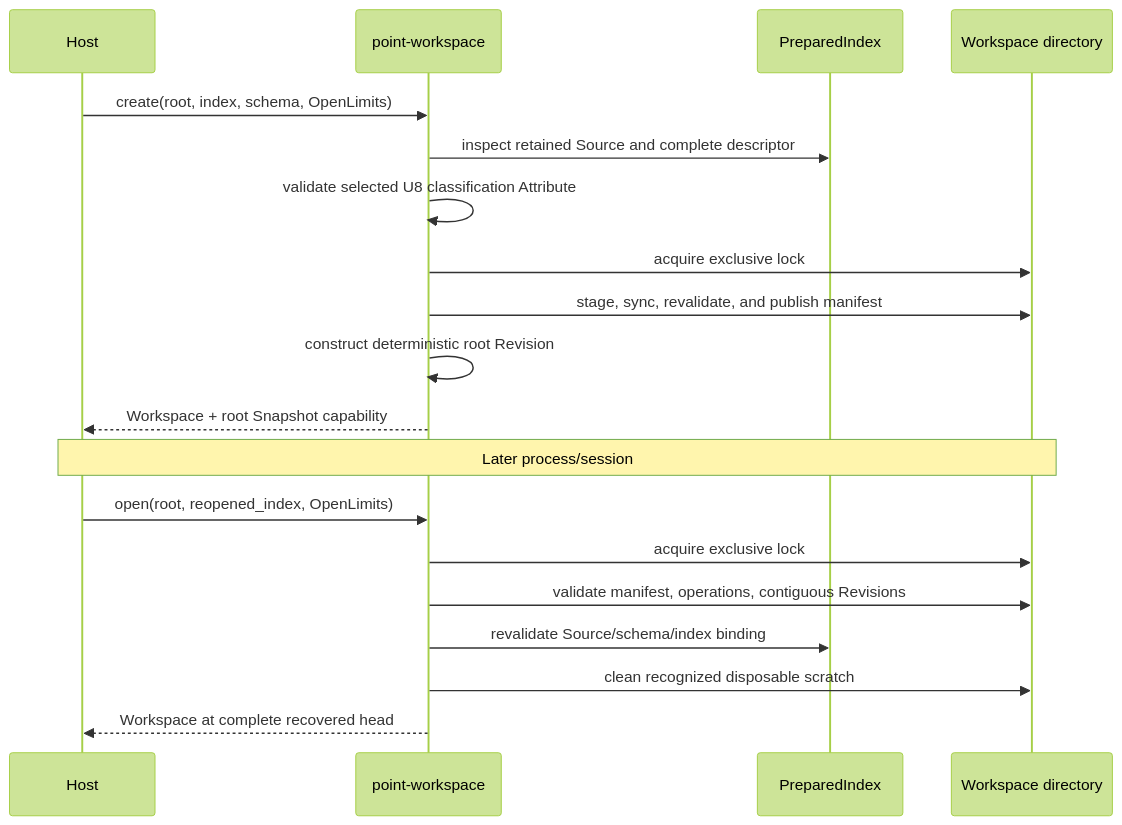
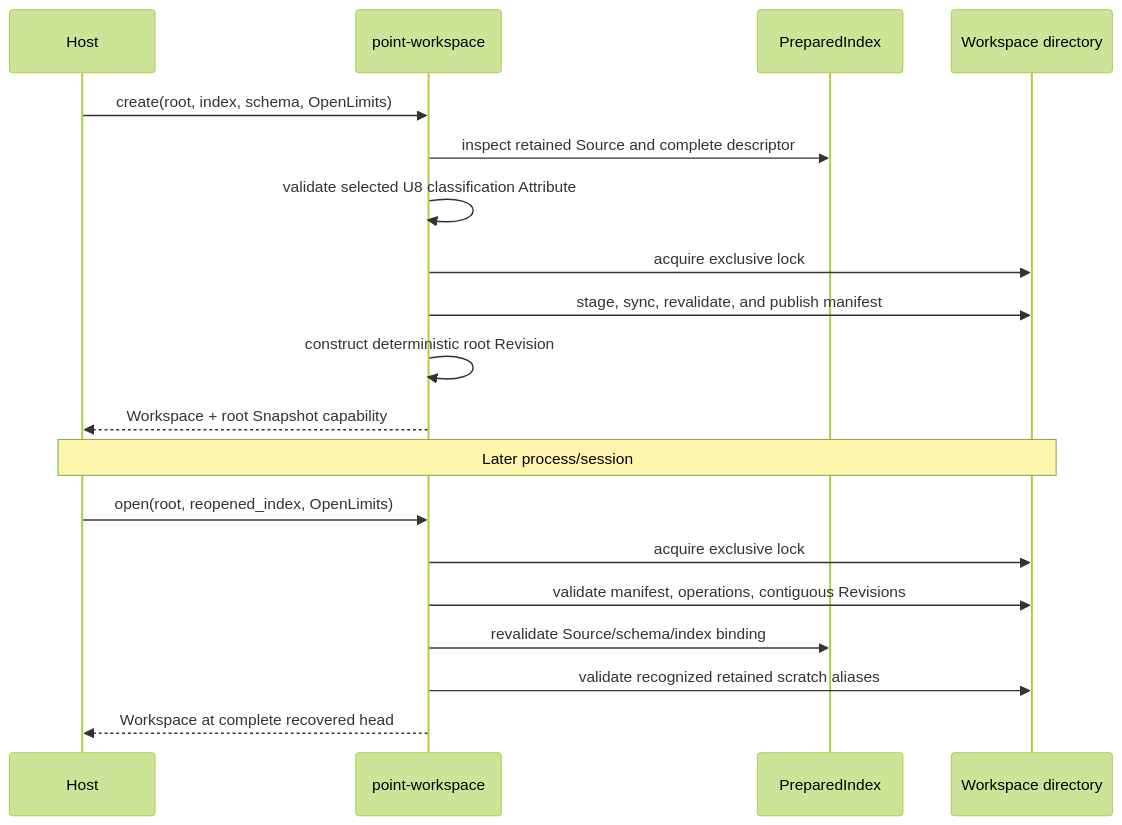
Before and after one commit to xxibcill/punctra: the second of 12 diagrams in docs/architecture/workflows.md, drawn with Mermaid (forest theme). The commit also changed other lines of this file and 124 other files, not shown here.

```diff
--- a/docs/architecture/workflows.md
+++ b/docs/architecture/workflows.md
@@ -60,24 +72,24 @@
 ~~~mermaid
 sequenceDiagram
     participant HOST as Host
     participant WS as point-workspace
     participant IDX as PreparedIndex
     participant DISK as Workspace directory
 
     HOST->>WS: create(root, index, schema, OpenLimits)
     WS->>IDX: inspect retained Source and complete descriptor
     WS->>WS: validate selected U8 classification Attribute
     WS->>DISK: acquire exclusive lock
     WS->>DISK: stage, sync, revalidate, and publish manifest
     WS->>WS: construct deterministic root Revision
     WS-->>HOST: Workspace + root Snapshot capability
 
     Note over HOST,DISK: Later process/session
 
     HOST->>WS: open(root, reopened_index, OpenLimits)
     WS->>DISK: acquire exclusive lock
     WS->>DISK: validate manifest, operations, contiguous Revisions
     WS->>IDX: revalidate Source/schema/index binding
-    WS->>DISK: clean recognized disposable scratch
+    WS->>DISK: validate recognized retained scratch aliases
     WS-->>HOST: Workspace at complete recovered head
 ~~~
```
